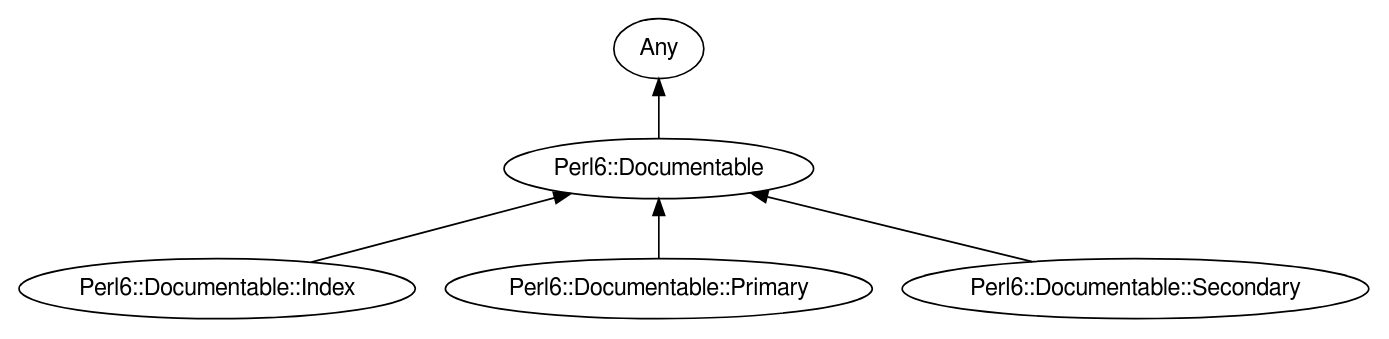
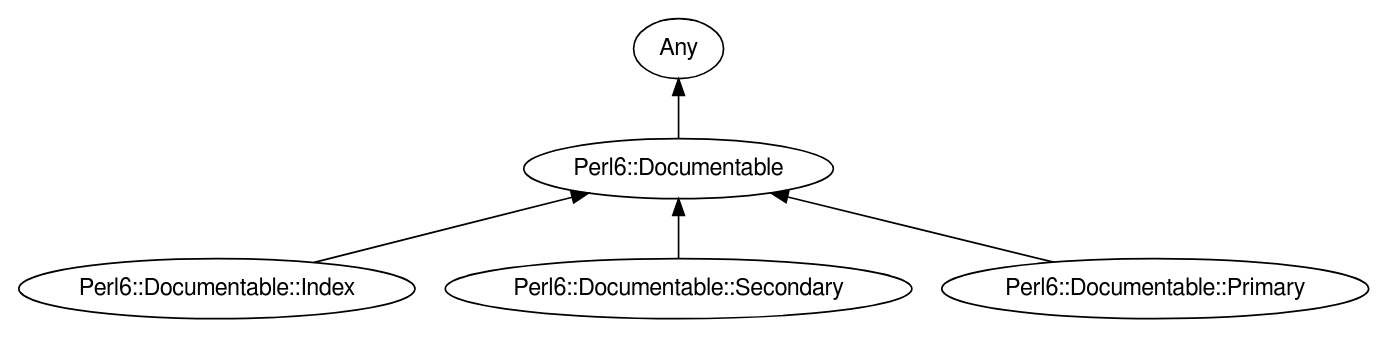
One commit to antoniogamiz/Perl6-Documentable changed the diagram in images/type-graph-Perl6::Documentable.svg.dot. Above: the diagram before and after it, drawn with Graphviz. The commit also changed other lines of this file and 123 other files, not shown here.

```diff
--- a/images/type-graph-Perl6::Documentable.svg.dot
+++ b/images/type-graph-Perl6::Documentable.svg.dot
@@ -1,19 +1,19 @@
 digraph "perl6-type-graph" {
     rankdir=BT;
     splines=polyline;
     overlap=false; 
     // Types
     "Perl6::Documentable" [color="#000000", fontcolor="#000000", href="/type/Perl6::Documentable", fontname="FreeSans"];
     "Any" [color="#000000", fontcolor="#000000", href="/type/Any", fontname="FreeSans"];
     "Perl6::Documentable::Index" [color="#000000", fontcolor="#000000", href="/type/Perl6::Documentable::Index", fontname="FreeSans"];
+    "Perl6::Documentable::Secondary" [color="#000000", fontcolor="#000000", href="/type/Perl6::Documentable::Secondary", fontname="FreeSans"];
     "Perl6::Documentable::Primary" [color="#000000", fontcolor="#000000", href="/type/Perl6::Documentable::Primary", fontname="FreeSans"];
-    "Perl6::Documentable::Secondary" [color="#000000", fontcolor="#000000", href="/type/Perl6::Documentable::Secondary", fontname="FreeSans"];
 
     // Superclasses
     "Perl6::Documentable" -> "Any" [color="#000000"];
     "Perl6::Documentable::Index" -> "Perl6::Documentable" [color="#000000"];
+    "Perl6::Documentable::Secondary" -> "Perl6::Documentable" [color="#000000"];
     "Perl6::Documentable::Primary" -> "Perl6::Documentable" [color="#000000"];
-    "Perl6::Documentable::Secondary" -> "Perl6::Documentable" [color="#000000"];
 
     // Roles
 }
```
